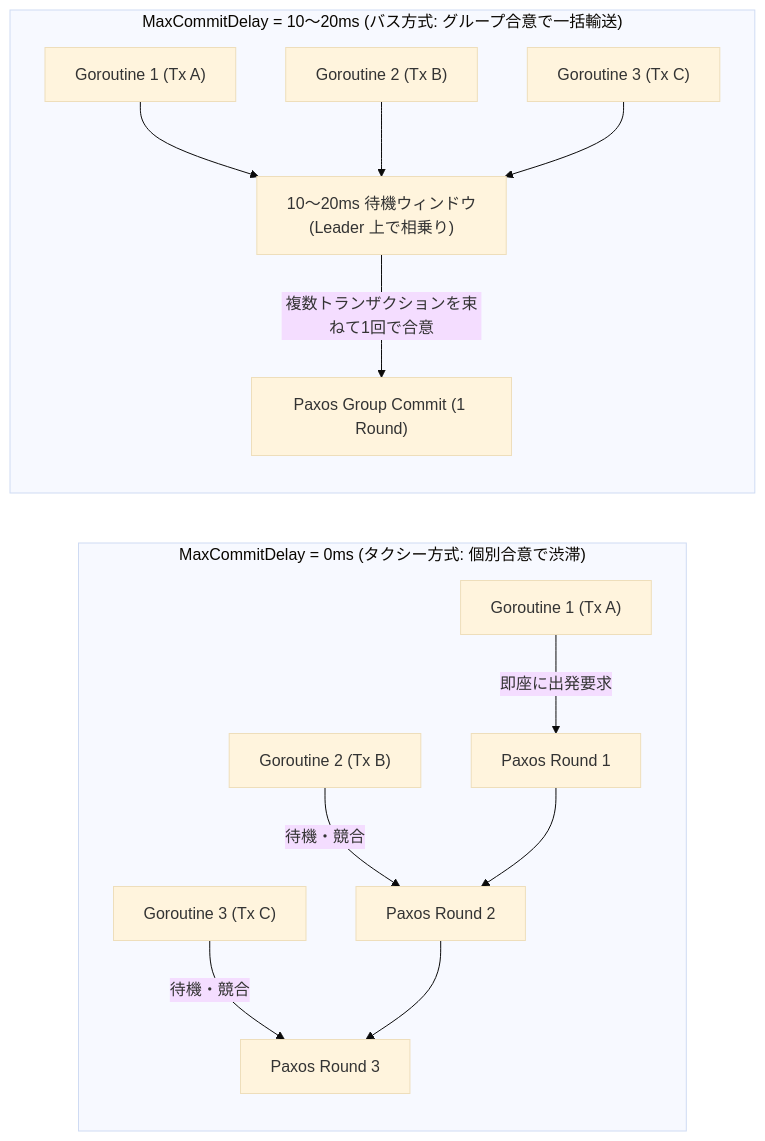
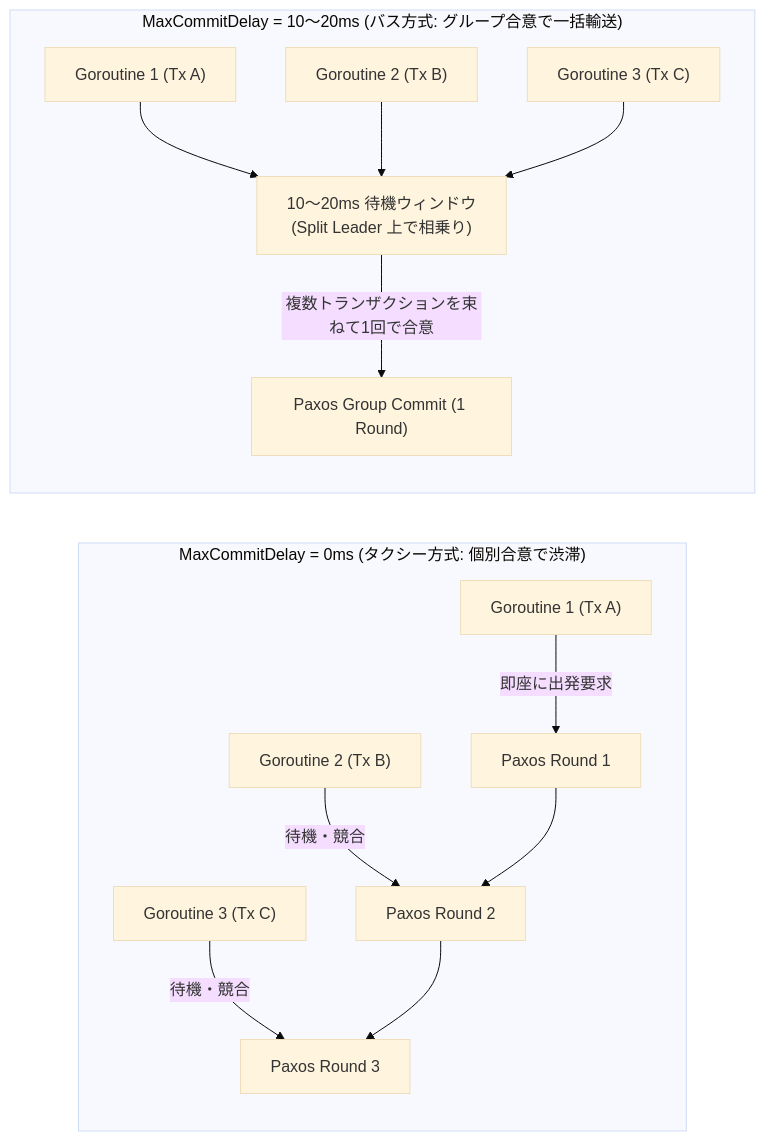
Before and after one commit to michity15169/zenn-content: the fifth of 6 diagrams in articles/7aad16e9b5760d.md, drawn with Mermaid (base theme). The commit also changed other lines of this file, not shown here.

````diff
--- a/articles/7aad16e9b5760d.md
+++ b/articles/7aad16e9b5760d.md
@@ -532,18 +532,18 @@
 ```mermaid
 flowchart LR
     subgraph Default ["MaxCommitDelay = 0ms (タクシー方式: 個別合意で渋滞)"]
         direction TB
         T1["Goroutine 1 (Tx A)"] -->|"即座に出発要求"| P1["Paxos Round 1"]
         T2["Goroutine 2 (Tx B)"] -->|"待機・競合"| P2["Paxos Round 2"]
         T3["Goroutine 3 (Tx C)"] -->|"待機・競合"| P3["Paxos Round 3"]
         P1 --> P2 --> P3
     end
 
     subgraph Optimized ["MaxCommitDelay = 10〜20ms (バス方式: グループ合意で一括輸送)"]
         direction TB
-        O1["Goroutine 1 (Tx A)"] --> W["10〜20ms 待機ウィンドウ\n(Leader 上で相乗り)"]
+        O1["Goroutine 1 (Tx A)"] --> W["10〜20ms 待機ウィンドウ\n(Split Leader 上で相乗り)"]
         O2["Goroutine 2 (Tx B)"] --> W
         O3["Goroutine 3 (Tx C)"] --> W
         W -->|"複数トランザクションを束ねて1回で合意"| PG["Paxos Group Commit (1 Round)"]
     end
 ```
````
